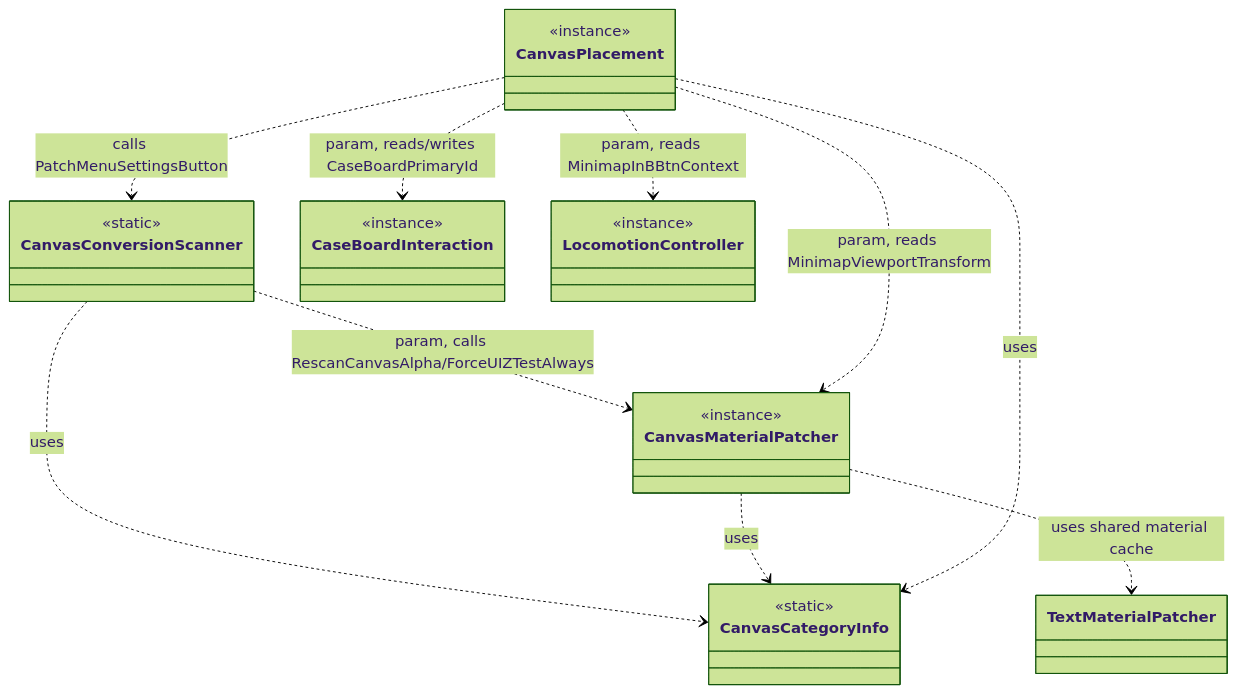
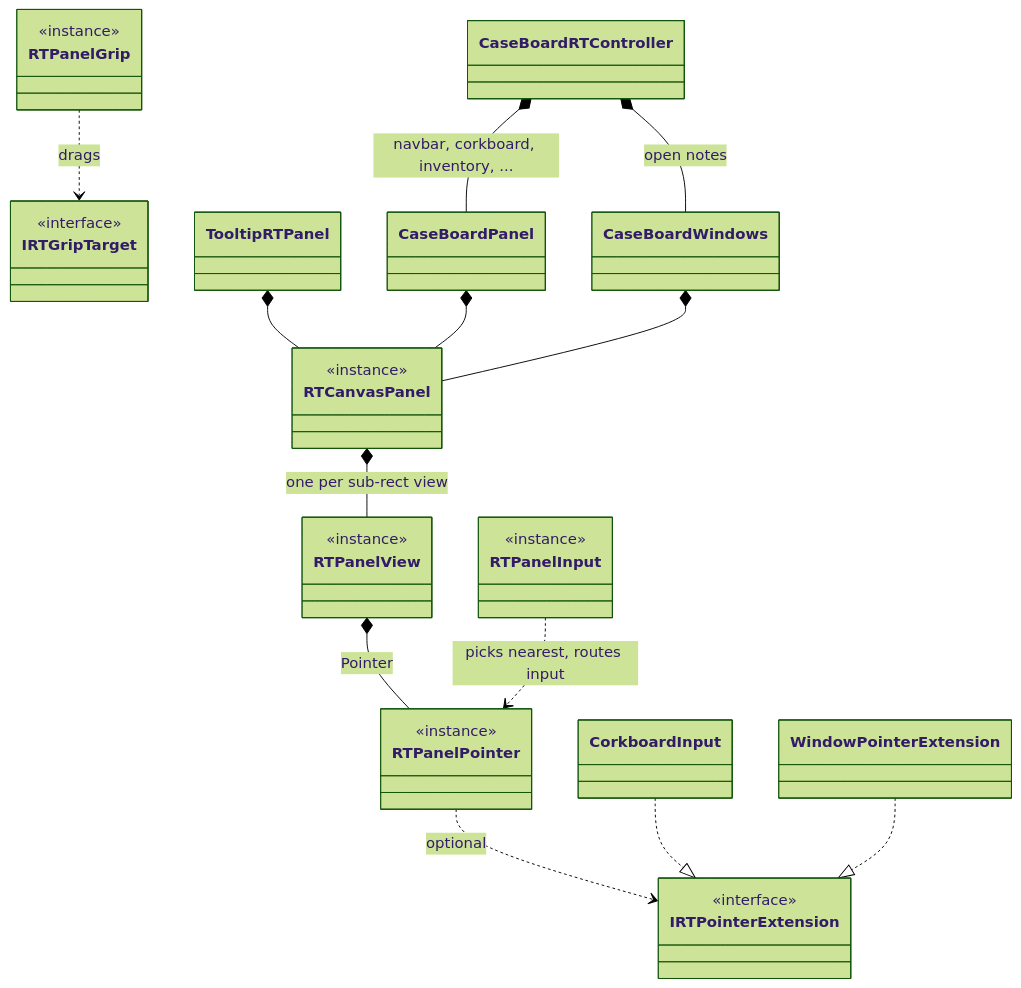
Before and after one commit to wesjones15/Shadows-of-Doubt-VR: the second of 3 diagrams in ARCHITECTURE.md, drawn with Mermaid (forest theme). The commit also changed other lines of this file and 3 other files, not shown here.

First line of the commit message:
Bring the docs up to date with the finished case-board migration

````diff
--- a/ARCHITECTURE.md
+++ b/ARCHITECTURE.md
@@ -69,32 +65,24 @@
 ```mermaid
 classDiagram
-    class CanvasCategoryInfo {
-        <<static>>
-    }
-    class CanvasMaterialPatcher {
-        <<instance>>
-    }
-    class CanvasConversionScanner {
-        <<static>>
-    }
-    class CanvasPlacement {
-        <<instance>>
-    }
-    class CaseBoardInteraction {
-        <<instance>>
-    }
-    class LocomotionController {
-        <<instance>>
-    }
+    class RTCanvasPanel { <<instance>> }
+    class RTPanelView { <<instance>> }
+    class RTPanelPointer { <<instance>> }
+    class IRTPointerExtension { <<interface>> }
+    class RTPanelInput { <<instance>> }
+    class RTPanelGrip { <<instance>> }
+    class IRTGripTarget { <<interface>> }
 
-    CanvasConversionScanner ..> CanvasMaterialPatcher : param, calls RescanCanvasAlpha/ForceUIZTestAlways
-    CanvasConversionScanner ..> CanvasCategoryInfo : uses
-    CanvasMaterialPatcher ..> CanvasCategoryInfo : uses
-    CanvasMaterialPatcher ..> TextMaterialPatcher : uses shared material cache
+    RTCanvasPanel *-- RTPanelView : one per sub-rect view
+    RTPanelView *-- RTPanelPointer : Pointer
+    RTPanelPointer ..> IRTPointerExtension : optional
+    RTPanelInput ..> RTPanelPointer : picks nearest, routes input
+    RTPanelGrip ..> IRTGripTarget : drags
 
-    CanvasPlacement ..> CanvasCategoryInfo : uses
-    CanvasPlacement ..> CanvasMaterialPatcher : param, reads MinimapViewportTransform
-    CanvasPlacement ..> CaseBoardInteraction : param, reads/writes CaseBoardPrimaryId
-    CanvasPlacement ..> LocomotionController : param, reads MinimapInBBtnContext
-    CanvasPlacement ..> CanvasConversionScanner : calls PatchMenuSettingsButton
+    TooltipRTPanel *-- RTCanvasPanel
+    CaseBoardRTController *-- CaseBoardPanel : navbar, corkboard, inventory, ...
+    CaseBoardRTController *-- CaseBoardWindows : open notes
+    CaseBoardPanel *-- RTCanvasPanel
+    CaseBoardWindows *-- RTCanvasPanel
+    CorkboardInput ..|> IRTPointerExtension
+    WindowPointerExtension ..|> IRTPointerExtension
 ```
````
